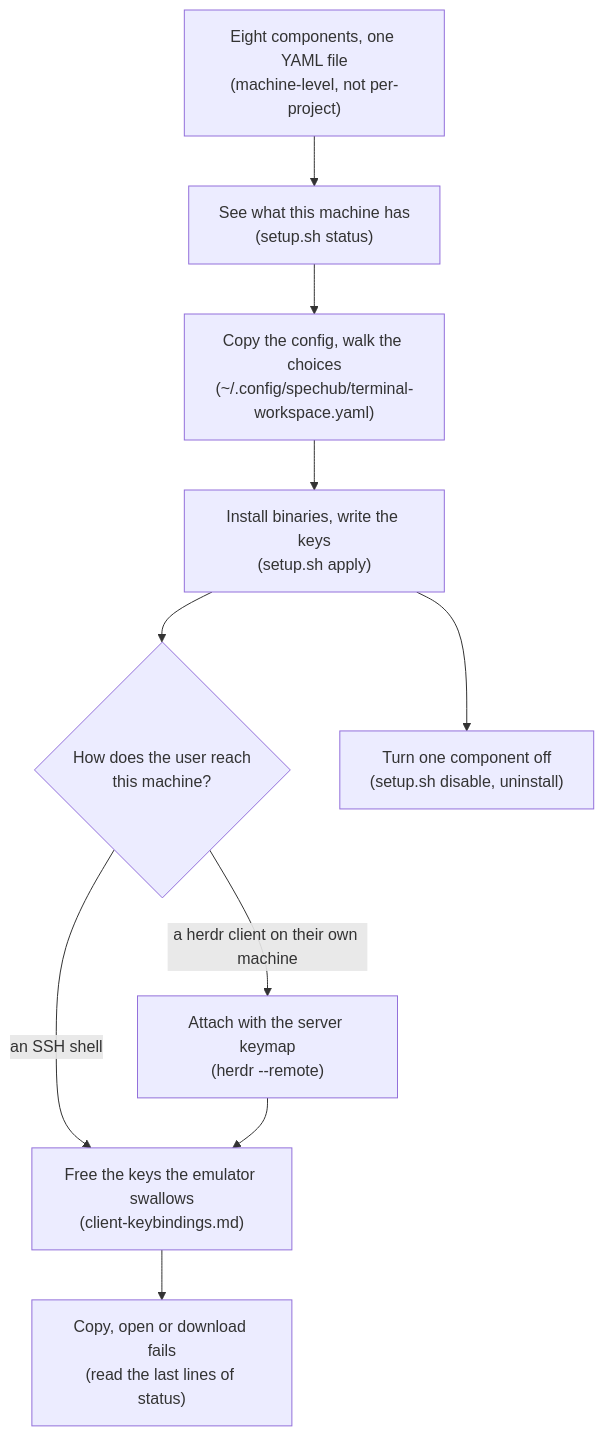
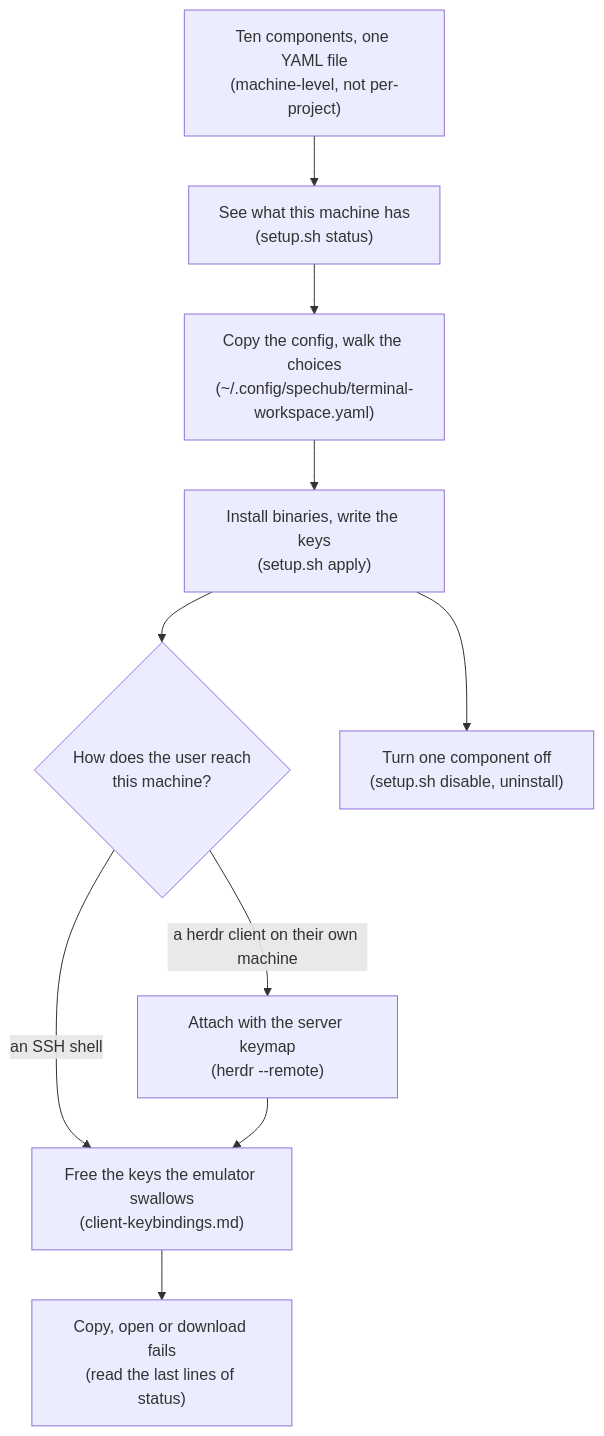
One commit to ac8318740/spechub changed the diagram in skills/terminal-workspace/SKILL.md. Above: the diagram before and after it, drawn with Mermaid. The commit also changed other lines of this file and 6 other files, not shown here.

````diff
--- a/skills/terminal-workspace/SKILL.md
+++ b/skills/terminal-workspace/SKILL.md
@@ -26,12 +26,12 @@
 ```mermaid
 flowchart TD
-    IN["Eight components, one YAML file<br/>(machine-level, not per-project)"] --> ST["See what this machine has<br/>(setup.sh status)"]
+    IN["Ten components, one YAML file<br/>(machine-level, not per-project)"] --> ST["See what this machine has<br/>(setup.sh status)"]
     ST --> CF["Copy the config, walk the choices<br/>(~/.config/spechub/terminal-workspace.yaml)"]
     CF --> AP["Install binaries, write the keys<br/>(setup.sh apply)"]
     AP --> Q{"How does the user reach<br/>this machine?"}
     Q -->|"an SSH shell"| KB["Free the keys the emulator swallows<br/>(client-keybindings.md)"]
     Q -->|"a herdr client on their own machine"| RM["Attach with the server keymap<br/>(herdr --remote)"]
     RM --> KB
     KB --> FB["Copy, open or download fails<br/>(read the last lines of status)"]
     AP --> OFF["Turn one component off<br/>(setup.sh disable, uninstall)"]
 ```
````
